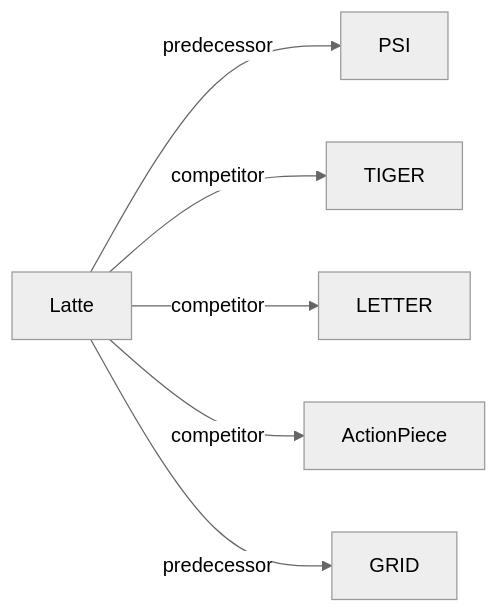
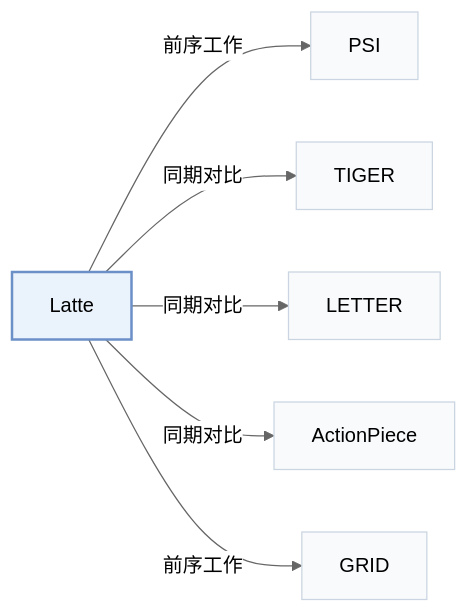
One commit to Galaxy-ghost/Awesome-SID-Generative-Rec changed the second of 2 diagrams in pages/zh/papers/latte.md. Above: the diagram before and after it, drawn with Mermaid (neutral theme). The commit also changed other lines of this file and 649 other files, not shown here.

Commit message:
writer-05: also tags and modality index (schema, check, build, visuals); summary field removed; calibration data for 12 papers

````diff
--- a/pages/zh/papers/latte.md
+++ b/pages/zh/papers/latte.md
@@ -68,9 +74,13 @@
 ```mermaid
 flowchart LR
     P["Latte"]
-    P -->|predecessor| A["PSI"]
-    P -->|competitor| B["TIGER"]
-    P -->|competitor| C["LETTER"]
-    P -->|competitor| D["ActionPiece"]
-    P -->|predecessor| E["GRID"]
+    P -->|"前序工作"| A["PSI"]
+    P -->|"同期对比"| B["TIGER"]
+    P -->|"同期对比"| C["LETTER"]
+    P -->|"同期对比"| D["ActionPiece"]
+    P -->|"前序工作"| E["GRID"]
+    classDef main fill:#eaf2fb,stroke:#6b8fc7,stroke-width:2px
+    classDef peer fill:#f8fafc,stroke:#cbd5e1
+    class P main
+    class A,B,C,D,E peer
 ```
````
